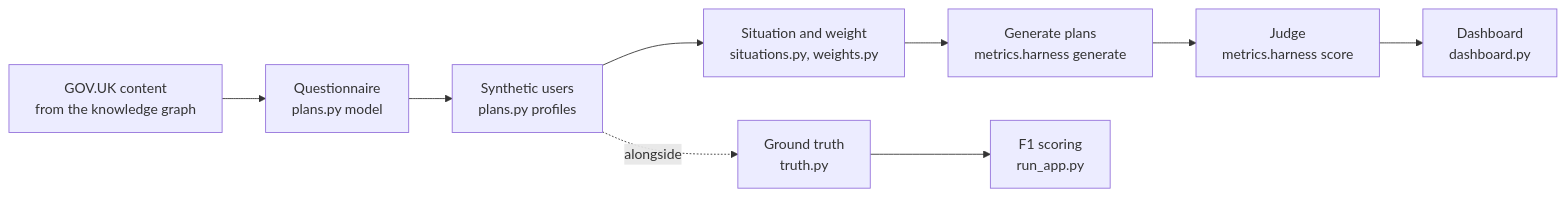
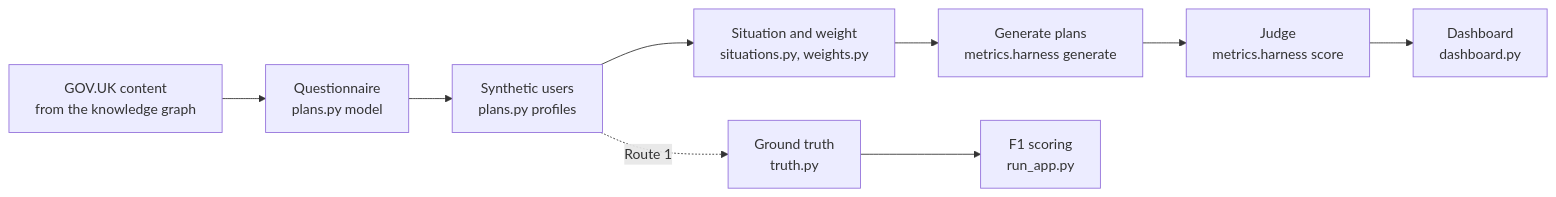
Before and after one commit to govuk-once/personalised-planning: the diagram in scripts/evaluation/plan-generation/docs/auto-evaluation.md, drawn with Mermaid. The commit also changed other lines of this file and 4 other files, not shown here.

````diff
--- a/scripts/evaluation/plan-generation/docs/auto-evaluation.md
+++ b/scripts/evaluation/plan-generation/docs/auto-evaluation.md
@@ -59,11 +88,11 @@
 ```mermaid
 flowchart LR
     A[GOV.UK content<br/>from the knowledge graph] --> B[Questionnaire<br/>plans.py model]
     B --> C[Synthetic users<br/>plans.py profiles]
     C --> D[Situation and weight<br/>situations.py, weights.py]
     D --> E[Generate plans<br/>metrics.harness generate]
     E --> F[Judge<br/>metrics.harness score]
     F --> G[Dashboard<br/>dashboard.py]
-    C -. alongside .-> H[Ground truth<br/>truth.py]
+    C -. Route 1 .-> H[Ground truth<br/>truth.py]
     H --> I[F1 scoring<br/>run_app.py]
 ```
````
